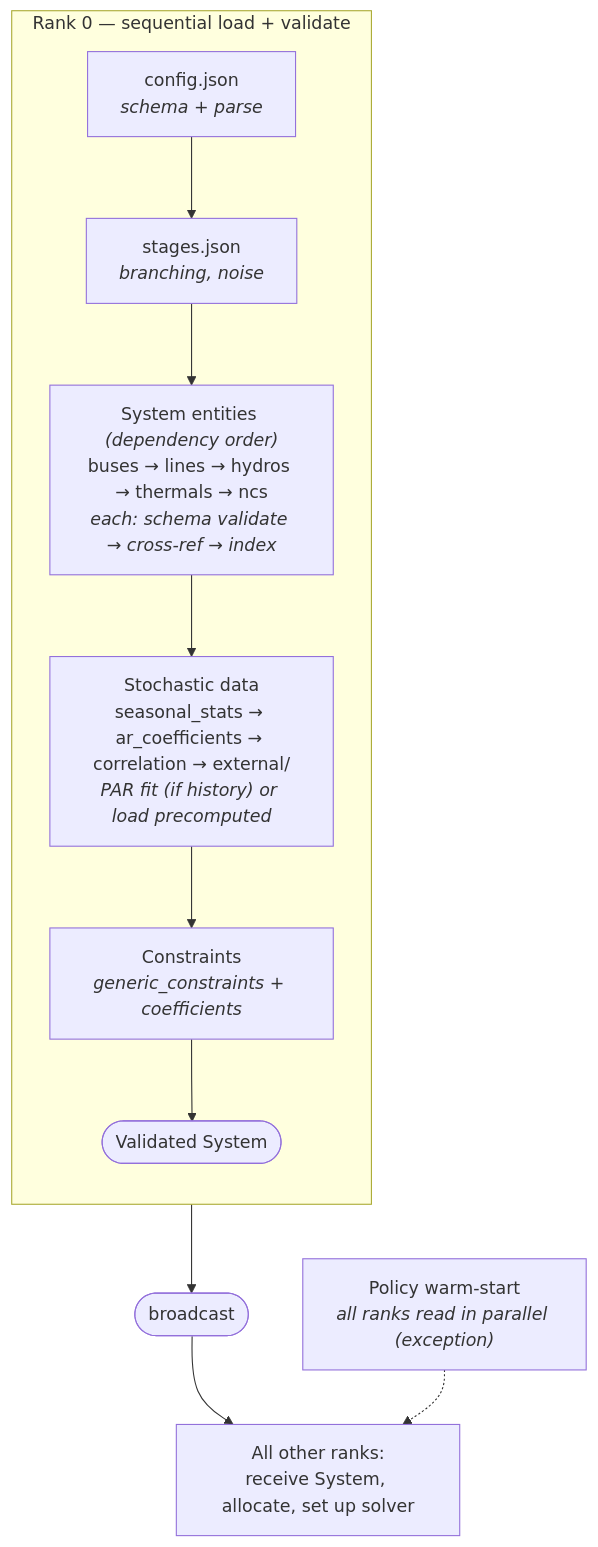
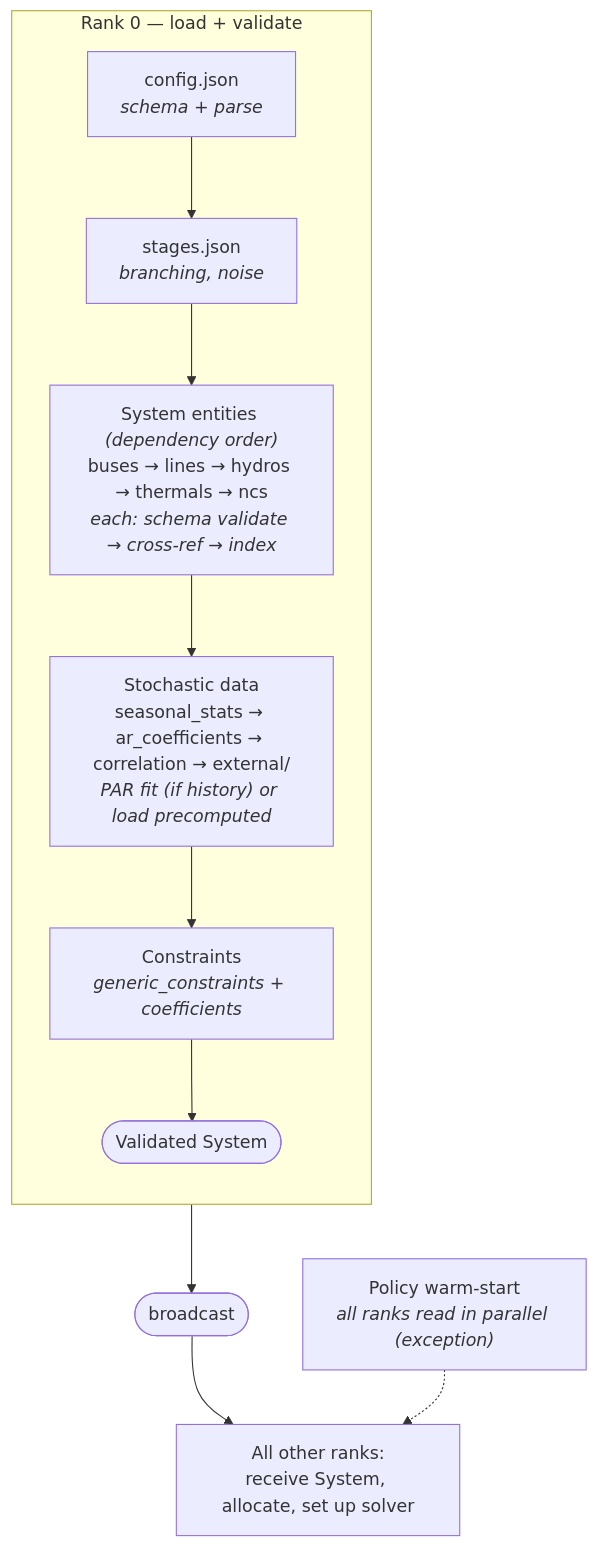
The diagram in src/specs/architecture/input-loading-pipeline.md (cobre-rs/cobre-docs), drawn with Mermaid before and after one commit. The commit also changed 4 other files, not shown here.

First line of the commit message:
docs: tune mermaid rendering for the narrow mdBook column

````diff
--- a/src/specs/architecture/input-loading-pipeline.md
+++ b/src/specs/architecture/input-loading-pipeline.md
@@ -21,20 +21,20 @@
 ```mermaid
 flowchart TB
-    subgraph R0 ["Rank 0 — sequential load + validate"]
+    subgraph R0 ["Rank 0 — load + validate"]
         direction TB
         C["config.json<br/><i>schema + parse</i>"]
         ST["stages.json<br/><i>branching, noise</i>"]
         SE["System entities <i>(dependency order)</i><br/>buses → lines → hydros → thermals → ncs<br/><i>each: schema validate → cross-ref → index</i>"]
         SD["Stochastic data<br/>seasonal_stats → ar_coefficients → correlation → external/<br/><i>PAR fit (if history) or load precomputed</i>"]
         CN["Constraints<br/><i>generic_constraints + coefficients</i>"]
         VS(["Validated System"])
         C --> ST --> SE --> SD --> CN --> VS
     end
 
     BC(["broadcast"])
     ALL["All other ranks:<br/>receive System, allocate, set up solver"]
     PW["Policy warm-start<br/><i>all ranks read in parallel (exception)</i>"]
 
     VS --> BC --> ALL
     PW -.-> ALL
 ```
````
